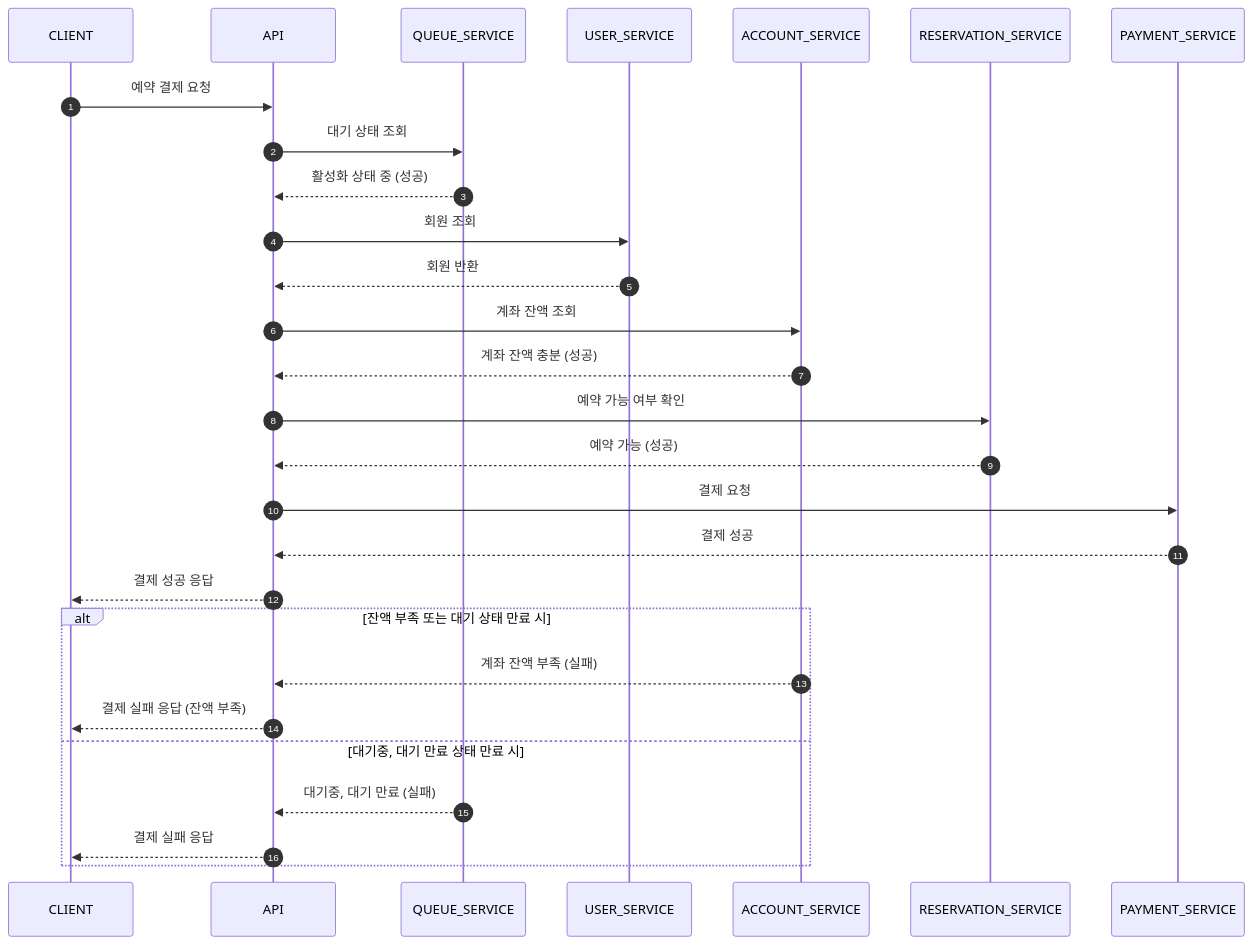
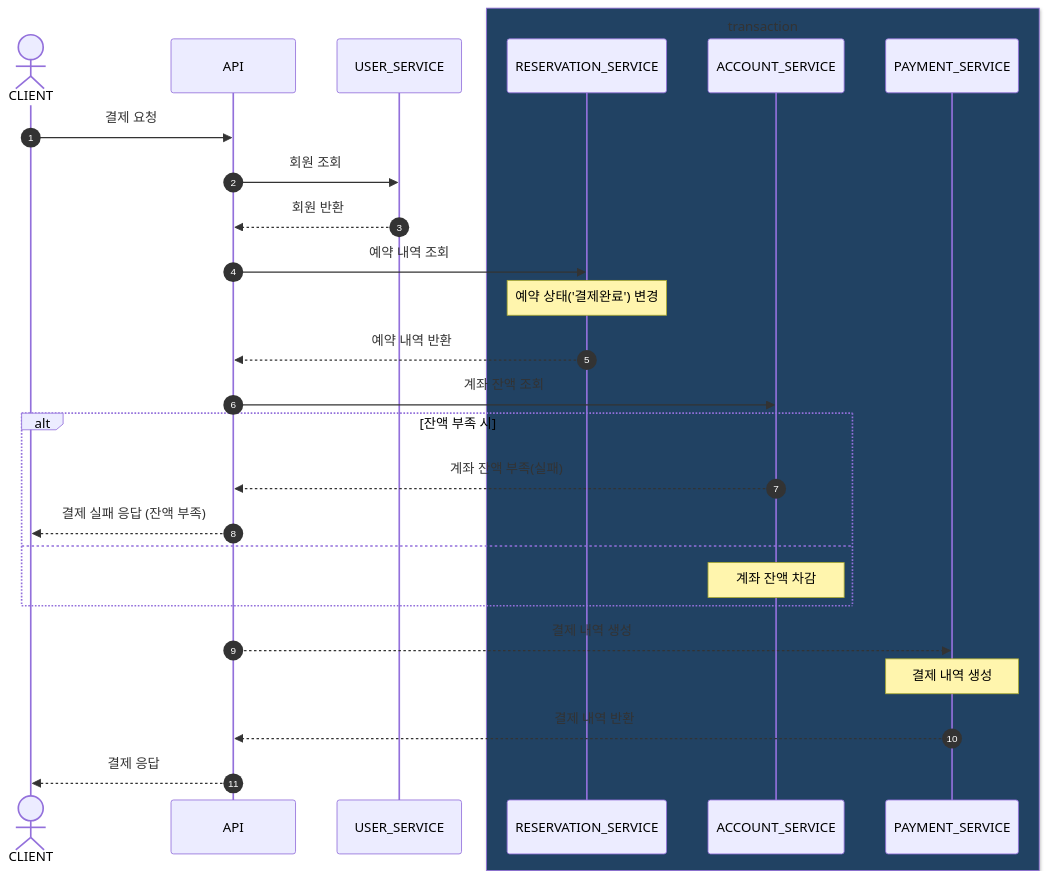
The fifth of 6 diagrams in docs/시퀀스 다이어그램.md (simhw/hhplus-concert-java), drawn with Mermaid before and after one commit. The commit also changed other lines of this file and 4 other files, not shown here.

````diff
--- a/docs/시퀀스 다이어그램.md
+++ b/docs/시퀀스 다이어그램.md
@@ -85,33 +107,29 @@
 ```mermaid
 sequenceDiagram
     autonumber
-    participant CLIENT
+    actor CLIENT
     participant API
-    participant QUEUE_SERVICE
     participant USER_SERVICE
-    participant ACCOUNT_SERVICE
-    participant RESERVATION_SERVICE
-    participant PAYMENT_SERVICE
-    CLIENT ->> API: 예약 결제 요청
-    API ->> QUEUE_SERVICE: 대기 상태 조회
-    QUEUE_SERVICE -->> API: 활성화 상태 중 (성공)
+    box rgb(33,66,99) transaction
+        participant RESERVATION_SERVICE
+        participant ACCOUNT_SERVICE
+        participant PAYMENT_SERVICE
+    end
+    CLIENT ->> API: 결제 요청
     API ->> USER_SERVICE: 회원 조회
     USER_SERVICE -->> API: 회원 반환
+    API ->> RESERVATION_SERVICE: 예약 내역 조회
+    note over RESERVATION_SERVICE: 예약 상태('결제완료') 변경
+    RESERVATION_SERVICE -->> API: 예약 내역 반환
     API ->> ACCOUNT_SERVICE: 계좌 잔액 조회
-    ACCOUNT_SERVICE -->> API: 계좌 잔액 충분 (성공)
-    API ->> RESERVATION_SERVICE: 예약 가능 여부 확인
-    RESERVATION_SERVICE -->> API: 예약 가능 (성공)
-    API ->> PAYMENT_SERVICE: 결제 요청
-    PAYMENT_SERVICE -->> API: 결제 성공
-    API -->> CLIENT: 결제 성공 응답
-
-    alt 잔액 부족 또는 대기 상태 만료 시
-        ACCOUNT_SERVICE -->> API: 계좌 잔액 부족 (실패)
+    alt 잔액 부족 시
+        ACCOUNT_SERVICE -->> API: 계좌 잔액 부족(실패)
         API -->> CLIENT: 결제 실패 응답 (잔액 부족)
-    else 대기중, 대기 만료 상태 만료 시
-        QUEUE_SERVICE -->> API: 대기중, 대기 만료 (실패)
-        API -->> CLIENT: 결제 실패 응답
+    else
+        note over ACCOUNT_SERVICE: 계좌 잔액 차감
     end
-
-
+    API -->> PAYMENT_SERVICE: 결제 내역 생성
+    note over PAYMENT_SERVICE: 결제 내역 생성
+    PAYMENT_SERVICE -->> API: 결제 내역 반환
+    API -->> CLIENT: 결제 응답
 ```
````
